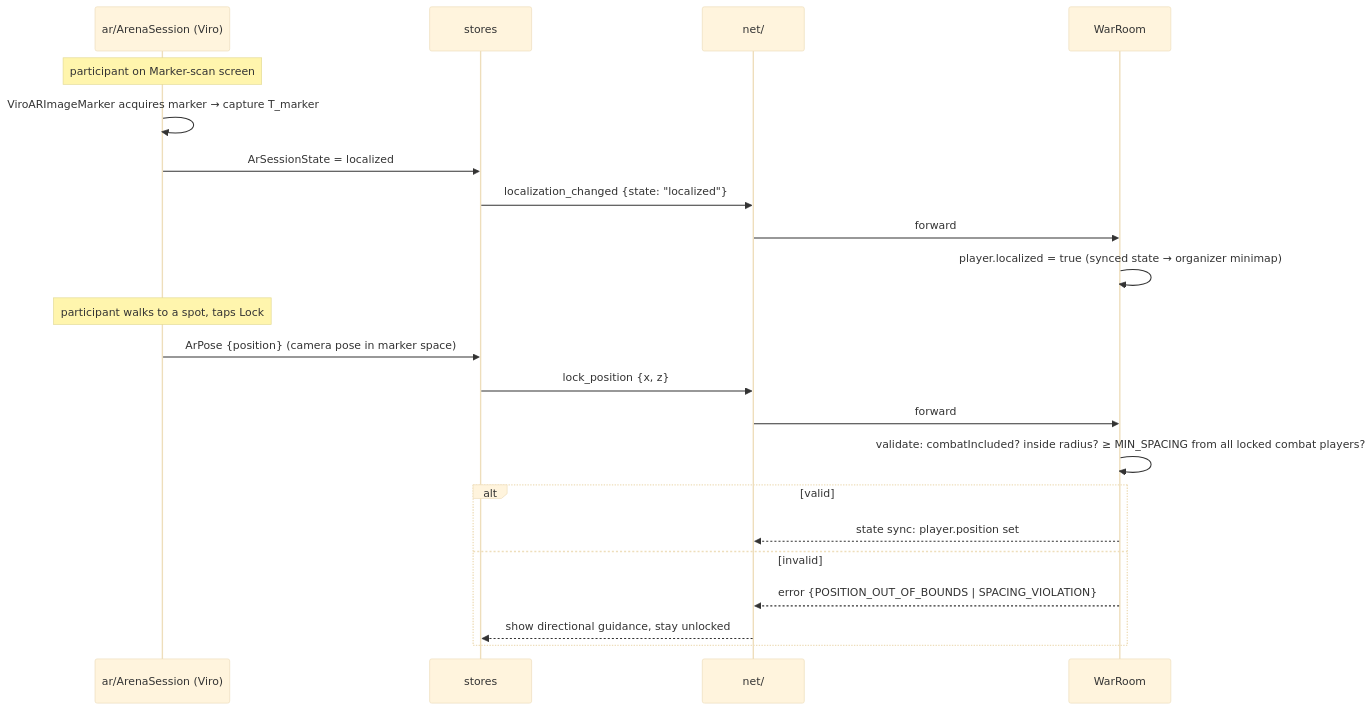
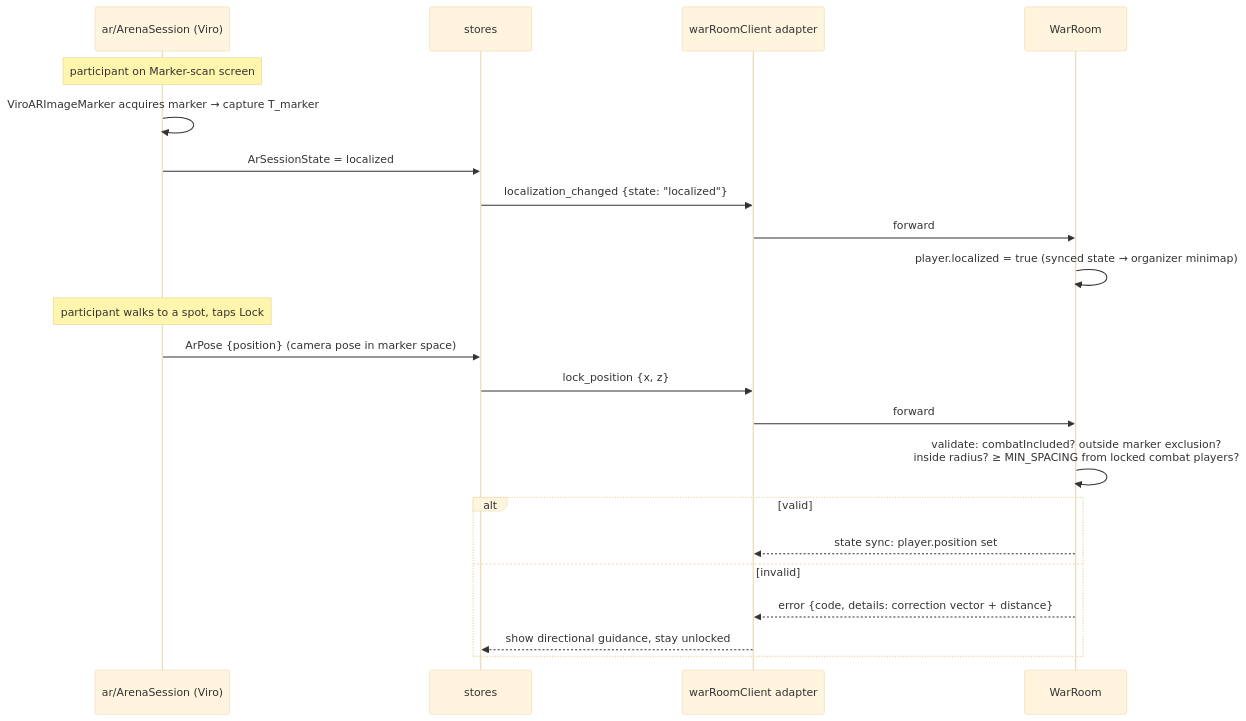
The fourth of 9 diagrams in ARCHITECTURE.md (Vaibtan/CodexWars), drawn with Mermaid (base theme) before and after one commit. The commit also changed other lines of this file and 14 other files, not shown here.

Commit message:
docs: harden P0 architecture and align scaffold

````diff
--- a/ARCHITECTURE.md
+++ b/ARCHITECTURE.md
@@ -106,25 +131,25 @@
 ```mermaid
 sequenceDiagram
     participant V as ar/ArenaSession (Viro)
     participant S as stores
-    participant N as net/
+    participant N as warRoomClient adapter
     participant SRV as WarRoom
 
     Note over V: participant on Marker-scan screen
     V->>V: ViroARImageMarker acquires marker → capture T_marker
     V->>S: ArSessionState = localized
     S->>N: localization_changed {state: "localized"}
     N->>SRV: forward
     SRV->>SRV: player.localized = true (synced state → organizer minimap)
     Note over V: participant walks to a spot, taps Lock
     V->>S: ArPose {position} (camera pose in marker space)
     S->>N: lock_position {x, z}
     N->>SRV: forward
-    SRV->>SRV: validate: combatIncluded? inside radius? ≥ MIN_SPACING from all locked combat players?
+    SRV->>SRV: validate: combatIncluded? outside marker exclusion?<br/>inside radius? ≥ MIN_SPACING from locked combat players?
     alt valid
         SRV-->>N: state sync: player.position set
     else invalid
-        SRV-->>N: error {POSITION_OUT_OF_BOUNDS | SPACING_VIOLATION}
+        SRV-->>N: error {code, details: correction vector + distance}
         N-->>S: show directional guidance, stay unlocked
     end
 ```
````
